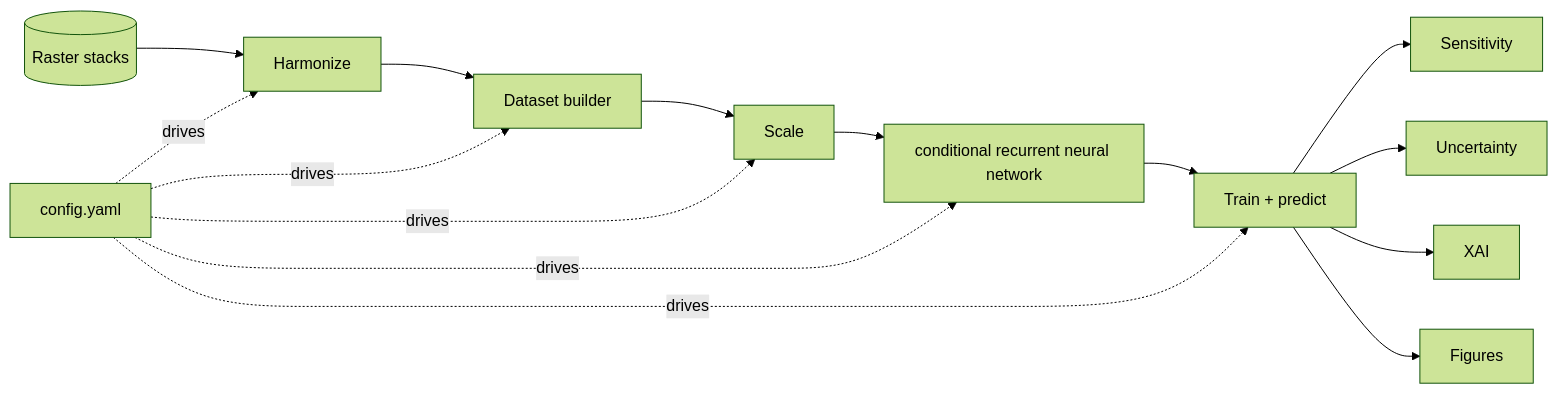
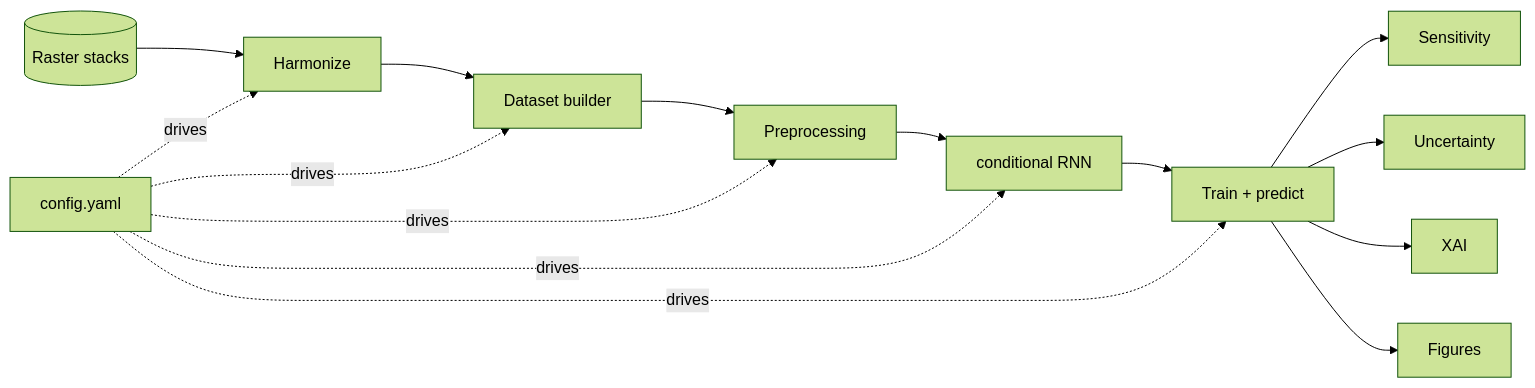
Before and after one commit to TBreure/DayCent_emulator: the third of 5 diagrams in flowcharts.md, drawn with Mermaid (forest theme). The commit also changed other lines of this file, not shown here.

````diff
--- a/flowcharts.md
+++ b/flowcharts.md
@@ -48,13 +48,13 @@
 ```mermaid
 flowchart LR
     R[(Raster stacks)] --> H[Harmonize]
     H --> D[Dataset builder]
-    D --> S[Scale]
-    S --> M[conditional recurrent neural network]
+    D --> S[Preprocessing]
+    S --> M[conditional RNN]
     M --> T[Train + predict]
     T --> SE[Sensitivity]
     T --> U[Uncertainty]
     T --> X[XAI]
     T --> P[Figures]
     CFG[config.yaml] -. drives .-> H & D & S & M & T
 ```
````
